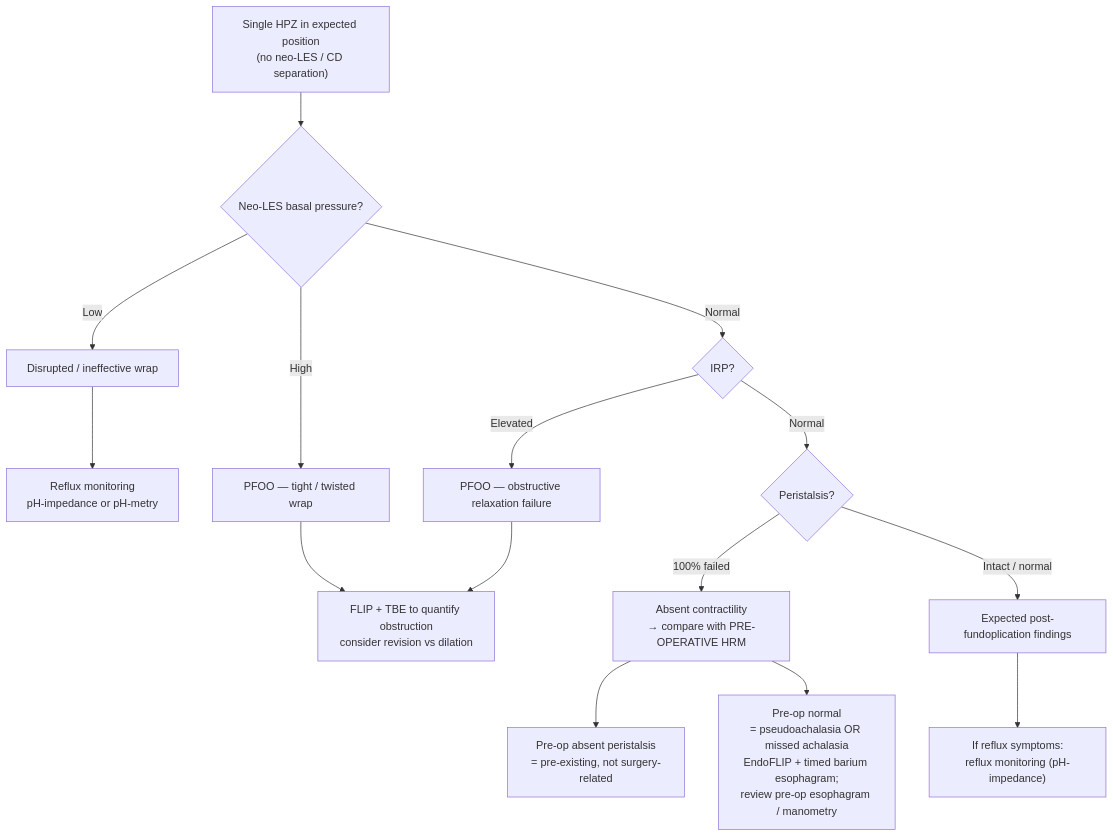
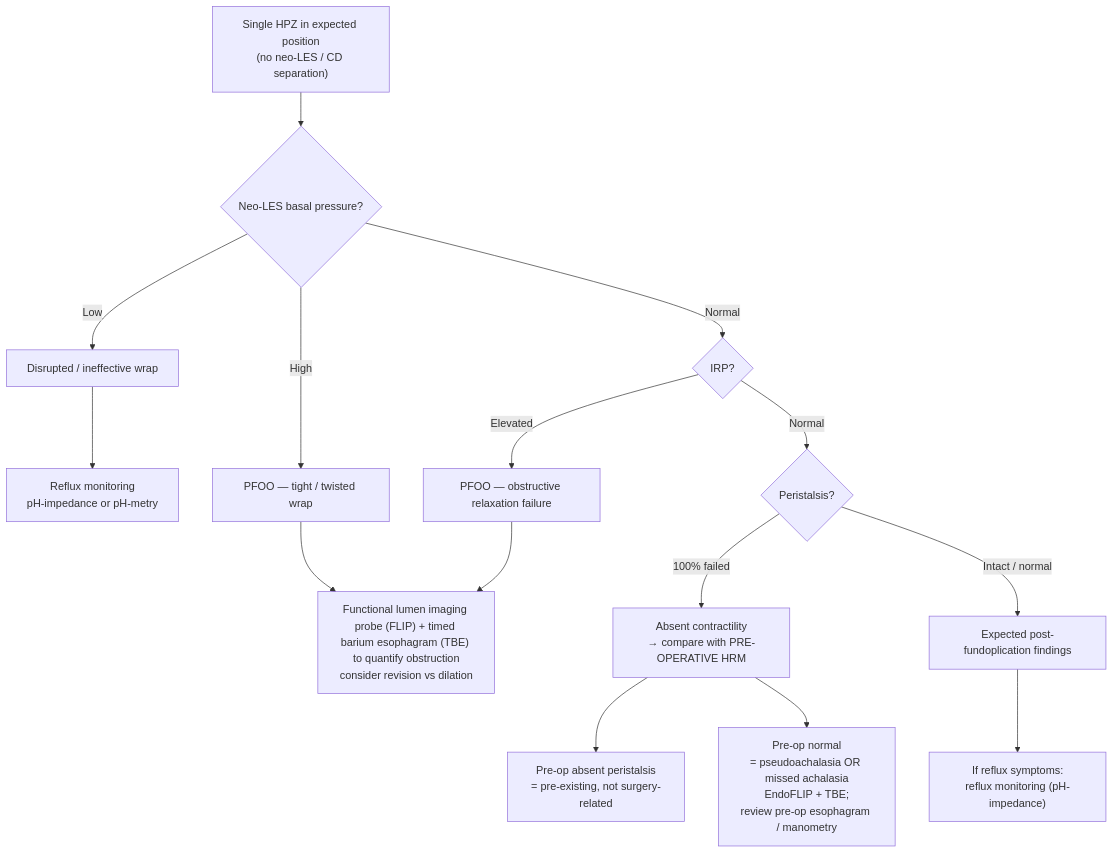
The diagram in KHNL-GI-Wiki/wiki/7-concepts/hrm-antireflux-surgery.md (KHNickLeMD/KHNL-GI-Wiki), drawn with Mermaid before and after one commit. The commit also changed other lines of this file and 620 other files, not shown here.

````diff
--- a/KHNL-GI-Wiki/wiki/7-concepts/hrm-antireflux-surgery.md
+++ b/KHNL-GI-Wiki/wiki/7-concepts/hrm-antireflux-surgery.md
@@ -107,17 +107,17 @@
 ```mermaid
 flowchart TD
     A["Single HPZ in expected position<br/>(no neo-LES / CD separation)"] --> B{"Neo-LES basal pressure?"}
     B -->|"Low"| C["Disrupted / ineffective wrap"]
     C --> C1["Reflux monitoring<br/>pH-impedance or pH-metry"]
     B -->|"High"| D["PFOO — tight / twisted wrap"]
     B -->|"Normal"| E{"IRP?"}
     E -->|"Elevated"| F["PFOO — obstructive relaxation failure"]
-    D --> DF["FLIP + TBE to quantify obstruction<br/>consider revision vs dilation"]
+    D --> DF["Functional lumen imaging probe (FLIP) + timed barium esophagram (TBE) to quantify obstruction<br/>consider revision vs dilation"]
     F --> DF
     E -->|"Normal"| G{"Peristalsis?"}
     G -->|"100% failed"| H["Absent contractility<br/>→ compare with PRE-OPERATIVE HRM"]
     H --> H1["Pre-op absent peristalsis<br/>= pre-existing, not surgery-related"]
-    H --> H2["Pre-op normal<br/>= pseudoachalasia OR missed achalasia<br/>EndoFLIP + timed barium esophagram;<br/>review pre-op esophagram / manometry"]
+    H --> H2["Pre-op normal<br/>= pseudoachalasia OR missed achalasia<br/>EndoFLIP + TBE;<br/>review pre-op esophagram / manometry"]
     G -->|"Intact / normal"| I["Expected post-fundoplication findings"]
     I --> I1["If reflux symptoms:<br/>reflux monitoring (pH-impedance)"]
 ```
````
